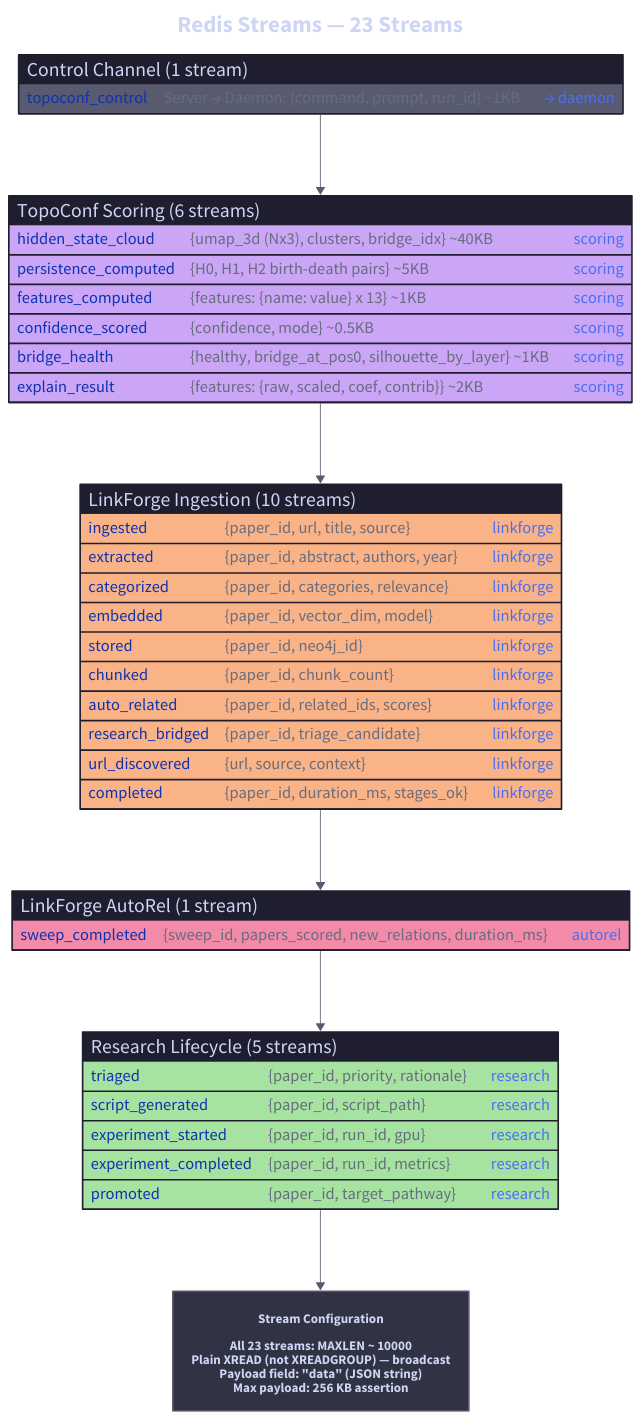
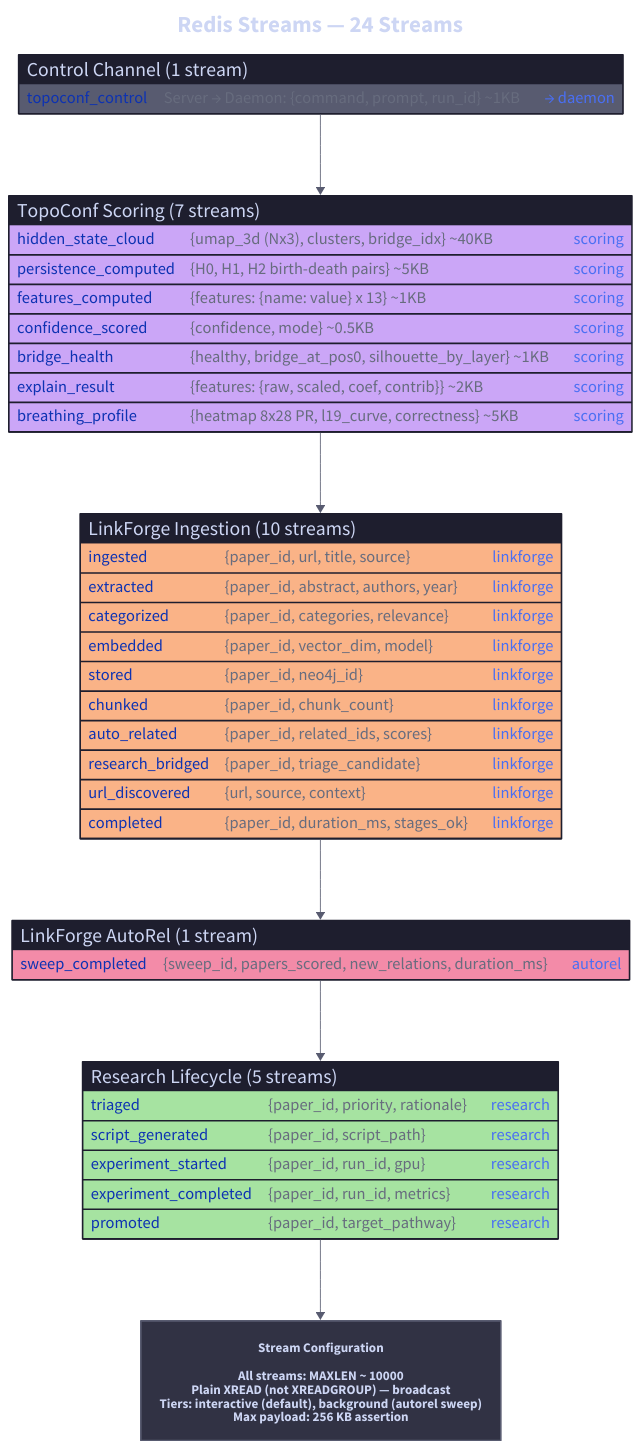
Before and after one commit to musicofhel/node-graph-substrate: the diagram in docs/diagrams/10-redis-streams.d2, drawn with D2. The commit also changed 13 other files, not shown here.

First line of the commit message:
docs: update + re-render D2 diagrams to match pack-based architecture

```diff
--- a/docs/diagrams/10-redis-streams.d2
+++ b/docs/diagrams/10-redis-streams.d2
@@ -1,81 +1,82 @@
 direction: down
 
 title: {
-  label: "Redis Streams — 23 Streams"
+  label: "Redis Streams — 24 Streams"
   near: top-center
   shape: text
   style.font-size: 28
   style.bold: true
   style.font-color: "#cdd6f4"
 }
 
 control: "Control Channel (1 stream)" {
   shape: sql_table
   style.fill: "#1e1e2e"
   style.stroke: "#585b70"
   style.font-color: "#cdd6f4"
   topoconf_control: "Server → Daemon: {command, prompt, run_id} ~1KB" {constraint: "→ daemon"}
 }
 
-scoring: "TopoConf Scoring (6 streams)" {
+scoring: "TopoConf Scoring (7 streams)" {
   shape: sql_table
   style.fill: "#1e1e2e"
   style.stroke: "#cba6f7"
   style.font-color: "#cdd6f4"
   hidden_state_cloud: "{umap_3d (Nx3), clusters, bridge_idx} ~40KB" {constraint: "scoring"}
   persistence_computed: "{H0, H1, H2 birth-death pairs} ~5KB" {constraint: "scoring"}
   features_computed: "{features: {name: value} x 13} ~1KB" {constraint: "scoring"}
   confidence_scored: "{confidence, mode} ~0.5KB" {constraint: "scoring"}
   bridge_health: "{healthy, bridge_at_pos0, silhouette_by_layer} ~1KB" {constraint: "scoring"}
   explain_result: "{features: {raw, scaled, coef, contrib}} ~2KB" {constraint: "scoring"}
+  breathing_profile: "{heatmap 8x28 PR, l19_curve, correctness} ~5KB" {constraint: "scoring"}
 }
 
 linkforge: "LinkForge Ingestion (10 streams)" {
   shape: sql_table
   style.fill: "#1e1e2e"
   style.stroke: "#fab387"
   style.font-color: "#cdd6f4"
   ingested: "{paper_id, url, title, source}" {constraint: "linkforge"}
   extracted: "{paper_id, abstract, authors, year}" {constraint: "linkforge"}
   categorized: "{paper_id, categories, relevance}" {constraint: "linkforge"}
   embedded: "{paper_id, vector_dim, model}" {constraint: "linkforge"}
   stored: "{paper_id, neo4j_id}" {constraint: "linkforge"}
   chunked: "{paper_id, chunk_count}" {constraint: "linkforge"}
   auto_related: "{paper_id, related_ids, scores}" {constraint: "linkforge"}
   research_bridged: "{paper_id, triage_candidate}" {constraint: "linkforge"}
   url_discovered: "{url, source, context}" {constraint: "linkforge"}
   completed: "{paper_id, duration_ms, stages_ok}" {constraint: "linkforge"}
 }
 
 autorel: "LinkForge AutoRel (1 stream)" {
   shape: sql_table
   style.fill: "#1e1e2e"
   style.stroke: "#f38ba8"
   style.font-color: "#cdd6f4"
   sweep_completed: "{sweep_id, papers_scored, new_relations, duration_ms}" {constraint: "autorel"}
 }
 
 research: "Research Lifecycle (5 streams)" {
   shape: sql_table
   style.fill: "#1e1e2e"
   style.stroke: "#a6e3a1"
   style.font-color: "#cdd6f4"
   triaged: "{paper_id, priority, rationale}" {constraint: "research"}
   script_generated: "{paper_id, script_path}" {constraint: "research"}
   experiment_started: "{paper_id, run_id, gpu}" {constraint: "research"}
   experiment_completed: "{paper_id, run_id, metrics}" {constraint: "research"}
   promoted: "{paper_id, target_pathway}" {constraint: "research"}
 }
 
 config: "Stream Configuration" {
   style.fill: "#313244"
   style.stroke: "#585b70"
   style.font-color: "#cdd6f4"
-  label: "Stream Configuration\n\nAll 23 streams: MAXLEN ~ 10000\nPlain XREAD (not XREADGROUP) — broadcast\nPayload field: \"data\" (JSON string)\nMax payload: 256 KB assertion"
+  label: "Stream Configuration\n\nAll streams: MAXLEN ~ 10000\nPlain XREAD (not XREADGROUP) — broadcast\nTiers: interactive (default), background (autorel sweep)\nMax payload: 256 KB assertion"
 }
 
 control -> scoring: "" {style.stroke: "#585b70"; style.stroke-width: 1}
 scoring -> linkforge: "" {style.stroke: "#585b70"; style.stroke-width: 1}
 linkforge -> autorel: "" {style.stroke: "#585b70"; style.stroke-width: 1}
 autorel -> research: "" {style.stroke: "#585b70"; style.stroke-width: 1}
 research -> config: "" {style.stroke: "#585b70"; style.stroke-width: 1}
```
